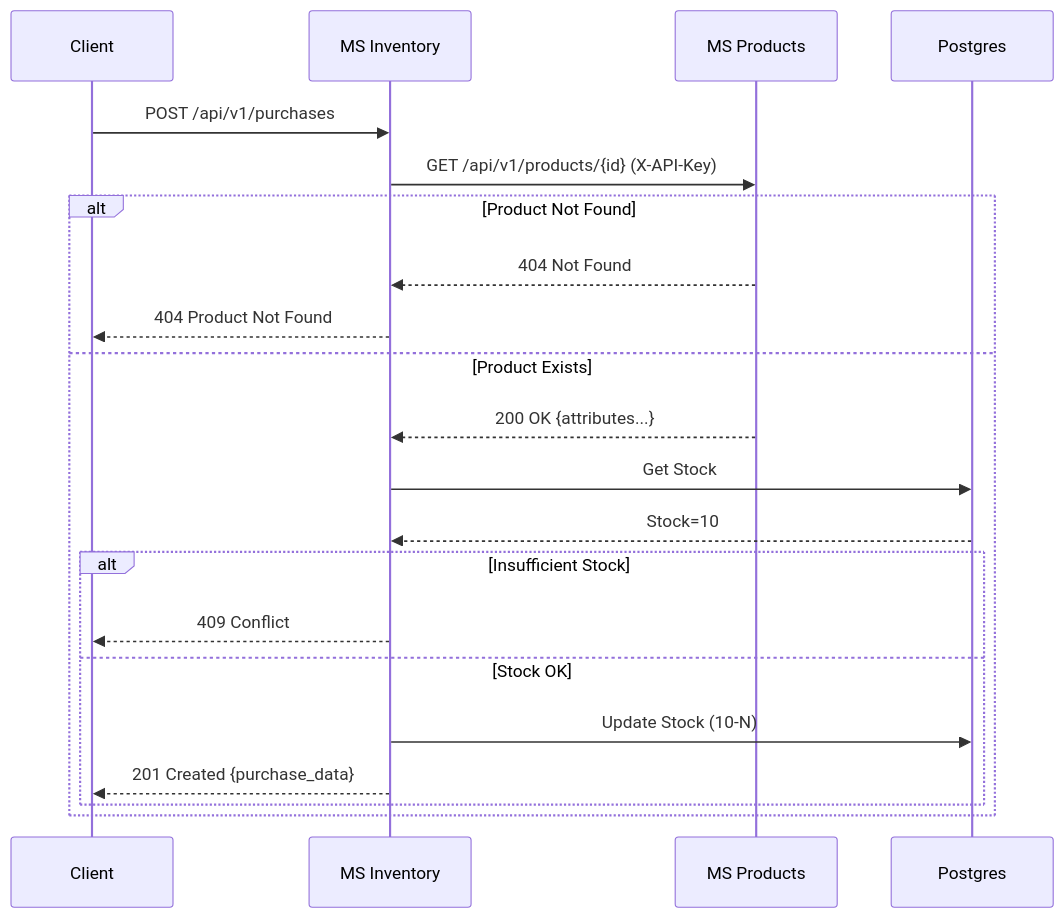
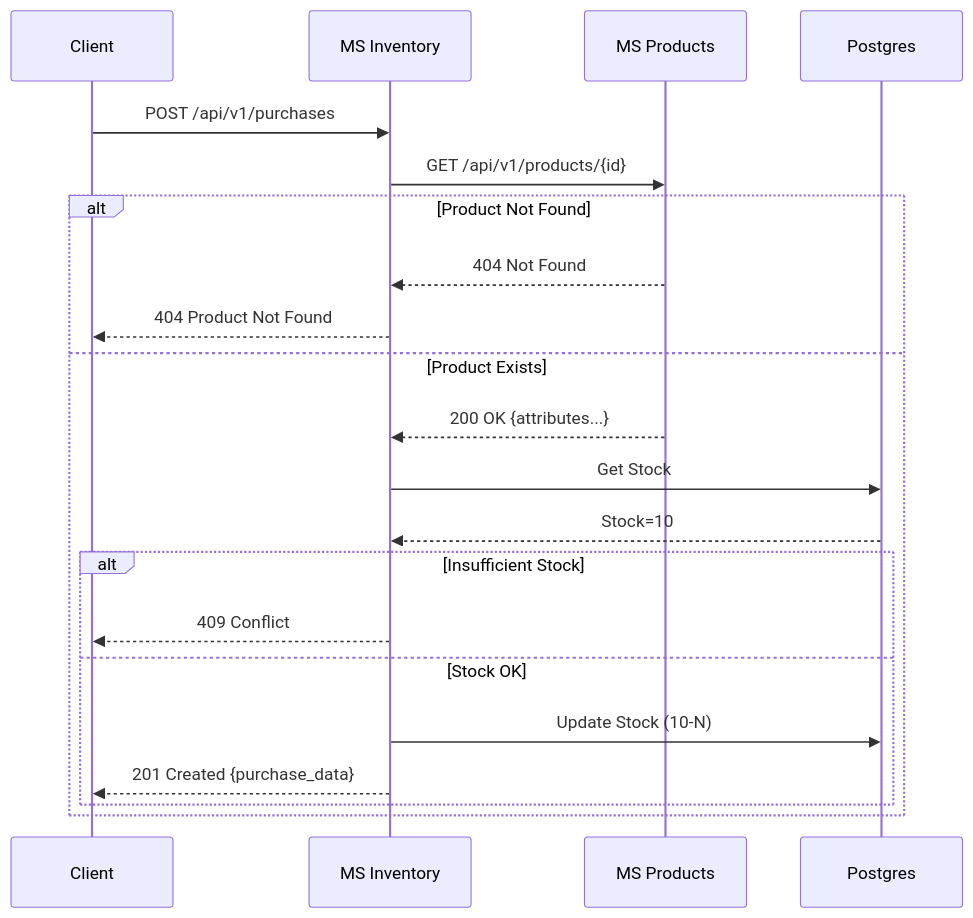
Before and after one commit to bamc300/ms-products-inventory: the diagram in README.md, drawn with Mermaid. The commit also changed other lines of this file, not shown here.

Commit message:
docs: remove api key references and simulation details from readme

````diff
--- a/README.md
+++ b/README.md
@@ -185,24 +161,24 @@
 ```mermaid
 sequenceDiagram
     participant Client
     participant InventoryMS as MS Inventory
     participant ProductsMS as MS Products
     participant DB as Postgres
 
     Client->>InventoryMS: POST /api/v1/purchases
-    InventoryMS->>ProductsMS: GET /api/v1/products/{id} (X-API-Key)
+    InventoryMS->>ProductsMS: GET /api/v1/products/{id}
     alt Product Not Found
         ProductsMS-->>InventoryMS: 404 Not Found
         InventoryMS-->>Client: 404 Product Not Found
     else Product Exists
         ProductsMS-->>InventoryMS: 200 OK {attributes...}
         InventoryMS->>DB: Get Stock
         DB-->>InventoryMS: Stock=10
         alt Insufficient Stock
             InventoryMS-->>Client: 409 Conflict
         else Stock OK
             InventoryMS->>DB: Update Stock (10-N)
             InventoryMS-->>Client: 201 Created {purchase_data}
         end
     end
 ```
````
